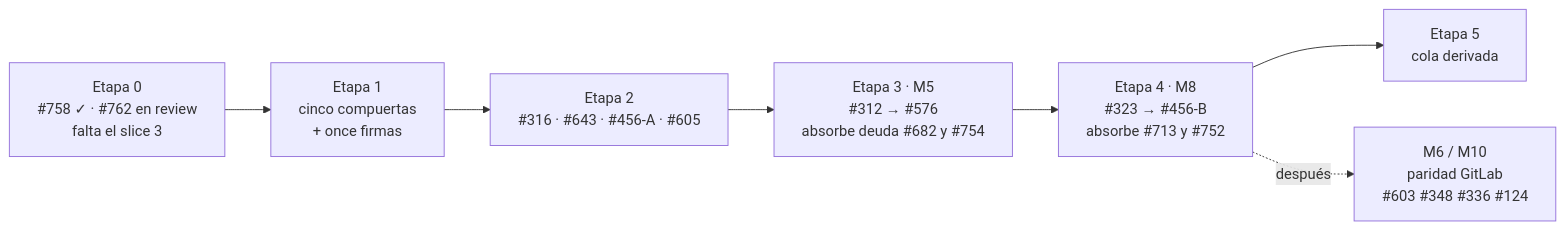
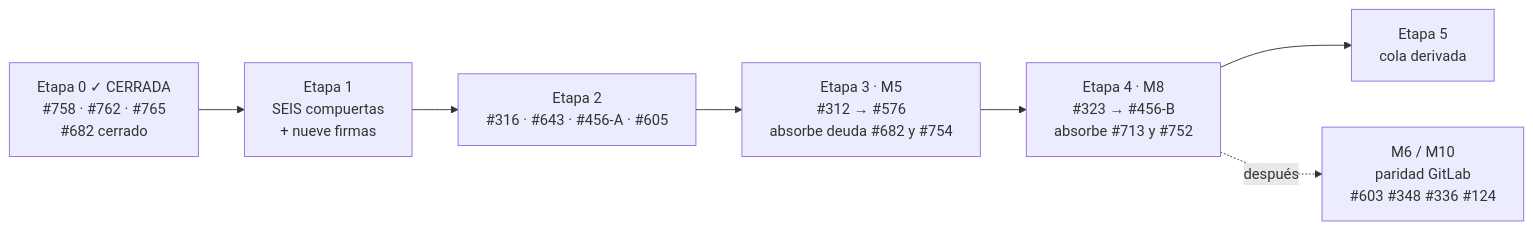
Before and after one commit to csrinaldi/brain: the diagram in docs/inbox/ROADMAP-M5-M8.md, drawn with Mermaid. The commit also changed other lines of this file, not shown here.

First line of the commit message:
docs(roadmap): rev 6 — la Etapa 0 cerró y apareció una sexta compuerta

````diff
--- a/docs/inbox/ROADMAP-M5-M8.md
+++ b/docs/inbox/ROADMAP-M5-M8.md
@@ -227,9 +293,9 @@
 ```mermaid
 graph LR
-  E0["Etapa 0<br/>#758 ✓ · #762 en review<br/>falta el slice 3"] --> E1["Etapa 1<br/>cinco compuertas<br/>+ once firmas"]
+  E0["Etapa 0 ✓ CERRADA<br/>#758 · #762 · #765<br/>#682 cerrado"] --> E1["Etapa 1<br/>SEIS compuertas<br/>+ nueve firmas"]
   E1 --> E2["Etapa 2<br/>#316 · #643 · #456-A · #605"]
   E2 --> M5["Etapa 3 · M5<br/>#312 → #576<br/>absorbe deuda #682 y #754"]
   M5 --> M8["Etapa 4 · M8<br/>#323 → #456-B<br/>absorbe #713 y #752"]
   M8 --> E5["Etapa 5<br/>cola derivada"]
   M8 -.después.-> P["M6 / M10<br/>paridad GitLab<br/>#603 #348 #336 #124"]
 ```
````
